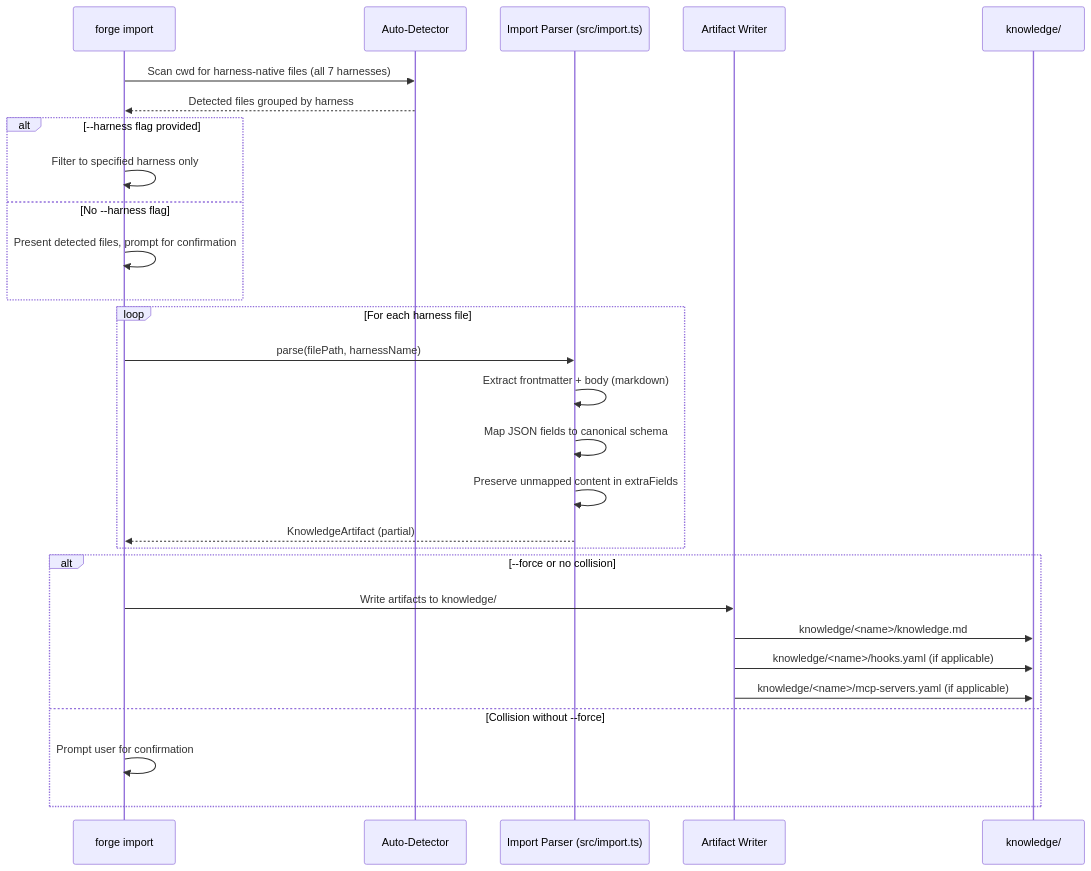
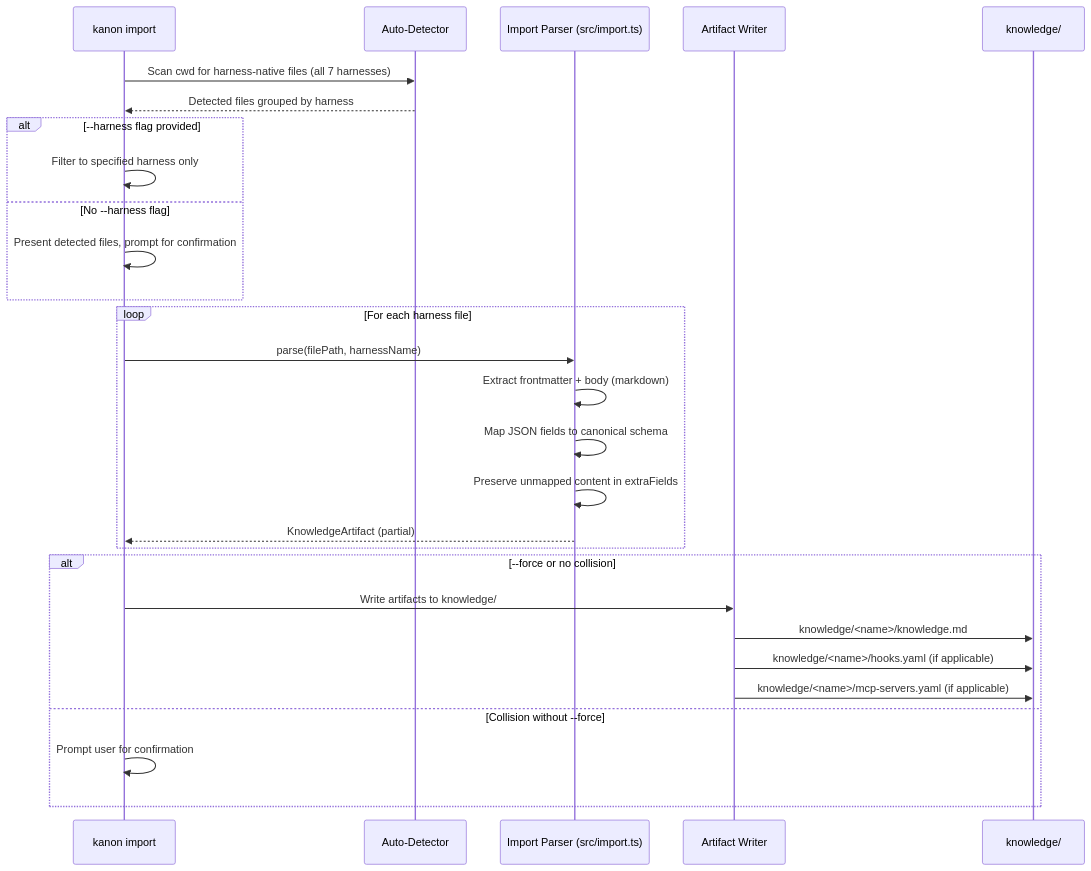
Before and after one commit to jhu-sheridan-libraries/agentic-skill-library: the third of 4 diagrams in .kiro/specs/skill-forge-10-star-features/design.md, drawn with Mermaid. The commit also changed other lines of this file and 1269 other files, not shown here.

````diff
--- a/.kiro/specs/skill-forge-10-star-features/design.md
+++ b/.kiro/specs/skill-forge-10-star-features/design.md
@@ -214,34 +214,34 @@
 ```mermaid
 sequenceDiagram
-    participant CLI as forge import
+    participant CLI as kanon import
     participant Detect as Auto-Detector
     participant Parser as Import Parser (src/import.ts)
     participant Writer as Artifact Writer
     participant KDir as knowledge/
 
     CLI->>Detect: Scan cwd for harness-native files (all 7 harnesses)
     Detect-->>CLI: Detected files grouped by harness
 
     alt --harness flag provided
         CLI->>CLI: Filter to specified harness only
     else No --harness flag
         CLI->>CLI: Present detected files, prompt for confirmation
     end
 
     loop For each harness file
         CLI->>Parser: parse(filePath, harnessName)
         Parser->>Parser: Extract frontmatter + body (markdown)
         Parser->>Parser: Map JSON fields to canonical schema
         Parser->>Parser: Preserve unmapped content in extraFields
         Parser-->>CLI: KnowledgeArtifact (partial)
     end
 
     alt --force or no collision
         CLI->>Writer: Write artifacts to knowledge/
         Writer->>KDir: knowledge/<name>/knowledge.md
         Writer->>KDir: knowledge/<name>/hooks.yaml (if applicable)
         Writer->>KDir: knowledge/<name>/mcp-servers.yaml (if applicable)
     else Collision without --force
         CLI->>CLI: Prompt user for confirmation
     end
 ```
````
